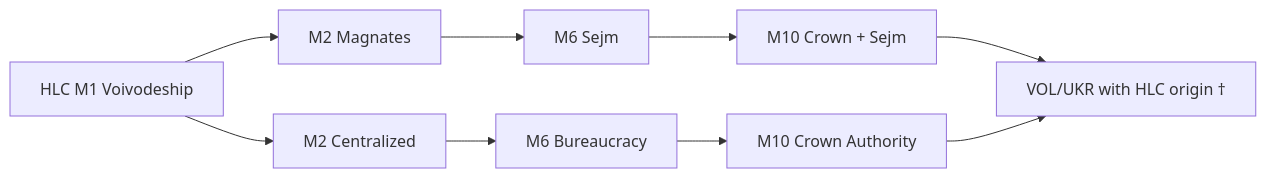
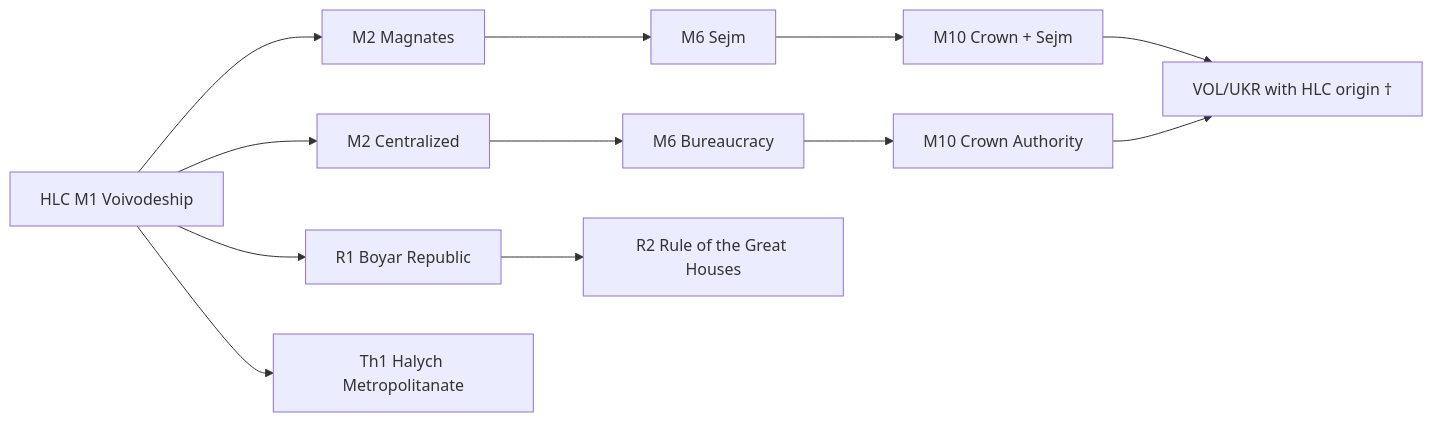
The sixth of 10 diagrams in docs/GOVERNMENT_REFORMS_MAP.uk.md (Yamtom/RIP), drawn with Mermaid before and after one commit. The commit also changed other lines of this file and 11 other files, not shown here.

````diff
--- a/docs/GOVERNMENT_REFORMS_MAP.uk.md
+++ b/docs/GOVERNMENT_REFORMS_MAP.uk.md
@@ -238,7 +238,9 @@
 ```mermaid
 flowchart LR
   H["HLC M1 Voivodeship"] --> P2["M2 Magnates"] --> P6["M6 Sejm"] --> P10["M10 Crown + Sejm"]
   H --> A2["M2 Centralized"] --> A6["M6 Bureaucracy"] --> A10["M10 Crown Authority"]
   P10 --> V["VOL/UKR with HLC origin †"]
   A10 --> V
+  H --> R1["R1 Boyar Republic"] --> R2["R2 Rule of the Great Houses"]
+  H --> Th1["Th1 Halych Metropolitanate"]
 ```
````
